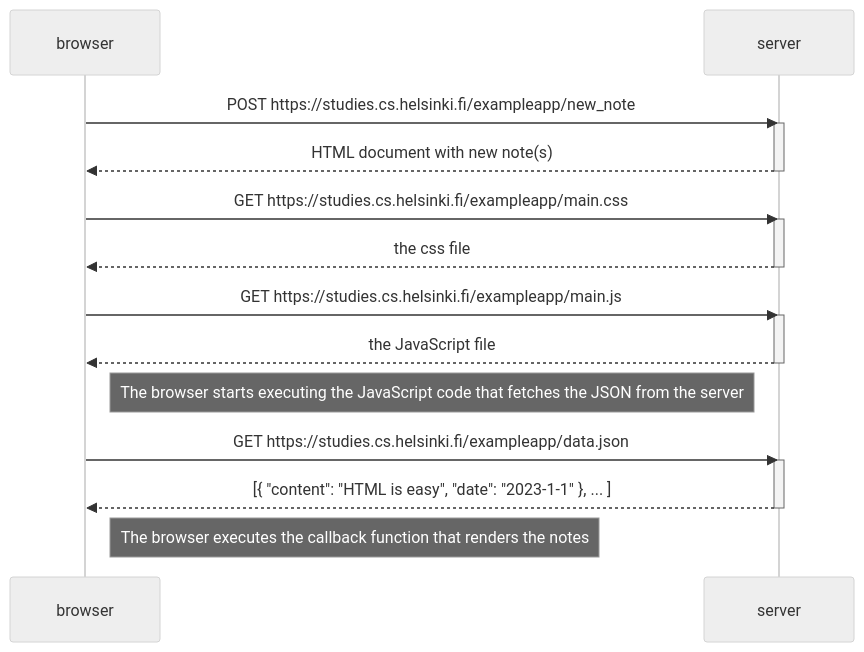
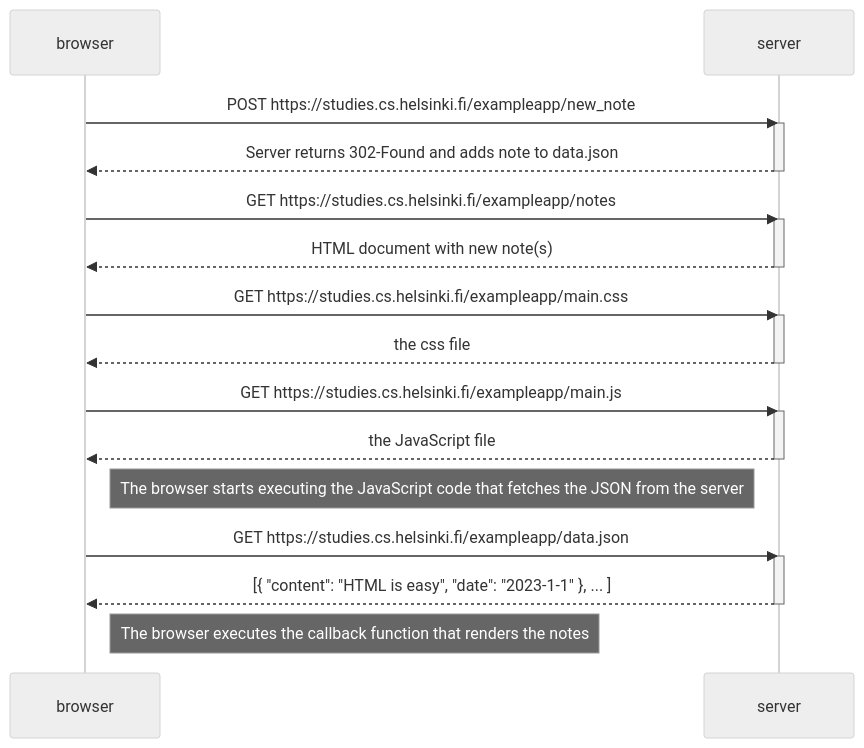
Before and after one commit to maikkundev/fullstackopen: the diagram in part0/0.4-new-note-diagram.md, drawn with Mermaid (neutral theme).

````diff
--- a/part0/0.4-new-note-diagram.md
+++ b/part0/0.4-new-note-diagram.md
@@ -1,31 +1,36 @@
 ```mermaid
 
 sequenceDiagram
     participant browser
     participant server
 
     browser->>server: POST https://studies.cs.helsinki.fi/exampleapp/new_note
+    activate server
+    server-->>browser: Server returns 302-Found and adds note to data.json
+    deactivate server
+
+    browser->>server: GET https://studies.cs.helsinki.fi/exampleapp/notes
     activate server
     server-->>browser: HTML document with new note(s)
     deactivate server
 
     browser->>server: GET https://studies.cs.helsinki.fi/exampleapp/main.css
     activate server
     server-->>browser: the css file
     deactivate server
 
     browser->>server: GET https://studies.cs.helsinki.fi/exampleapp/main.js
     activate server
     server-->>browser: the JavaScript file
     deactivate server
 
     Note right of browser: The browser starts executing the JavaScript code that fetches the JSON from the server
 
     browser->>server: GET https://studies.cs.helsinki.fi/exampleapp/data.json
     activate server
     server-->>browser: [{ "content": "HTML is easy", "date": "2023-1-1" }, ... ]
     deactivate server
 
     Note right of browser: The browser executes the callback function that renders the notes
 
 ```
````
